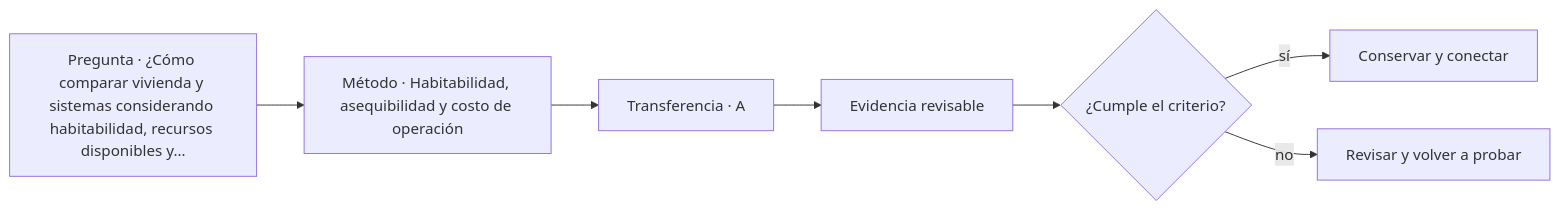
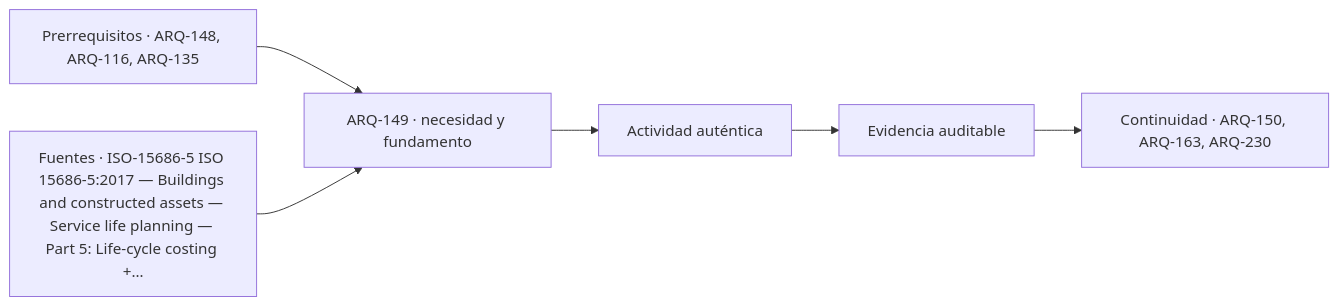
The diagram in classes/parte-15/ARQ-149.md (vladimiracunadev-create/architecture-built-environment-learning-program), drawn with Mermaid before and after one commit. The commit also changed other lines of this file and 761 other files, not shown here.

````diff
--- a/classes/parte-15/ARQ-149.md
+++ b/classes/parte-15/ARQ-149.md
@@ -108,9 +120,8 @@
 ```mermaid
 flowchart LR
-    Q["Pregunta · ¿Cómo comparar vivienda y sistemas considerando habitabilidad, recursos disponibles y…"] --> M["Método · Habitabilidad, asequibilidad y costo de operación"]
-    M --> P["Transferencia · A"]
-    P --> E["Evidencia revisable"]
-    E --> C{"¿Cumple el criterio?"}
-    C -->|sí| T["Conservar y conectar"]
-    C -->|no| R["Revisar y volver a probar"]
+    A["Prerrequisitos · ARQ-148, ARQ-116, ARQ-135"] --> B["ARQ-149 · necesidad y fundamento"]
+    S["Fuentes · ISO-15686-5 ISO 15686-5:2017 — Buildings and constructed assets — Service life planning — Part 5: Life-cycle costing +…"] --> B
+    B --> C["Actividad auténtica"]
+    C --> D["Evidencia auditable"]
+    D --> E["Continuidad · ARQ-150, ARQ-163, ARQ-230"]
 ```
````
